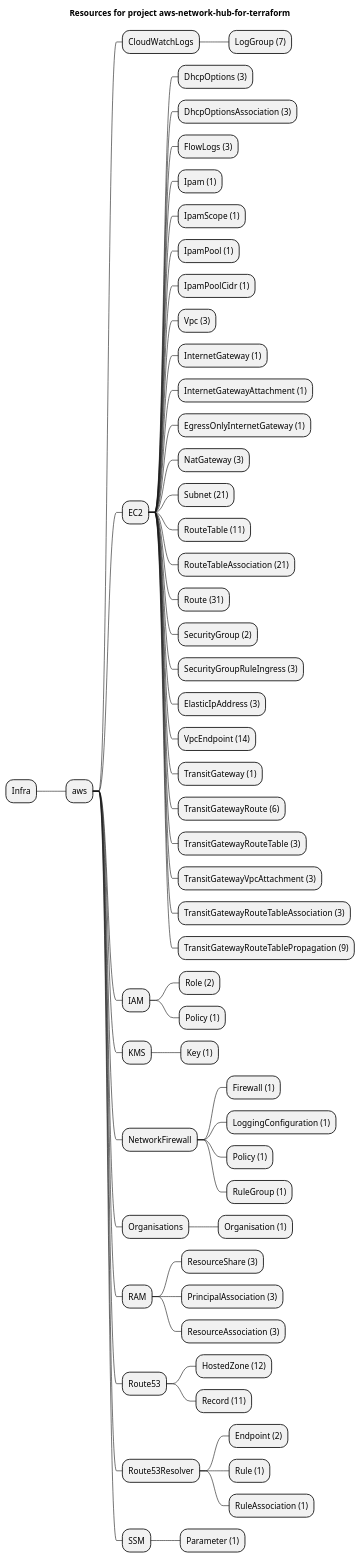
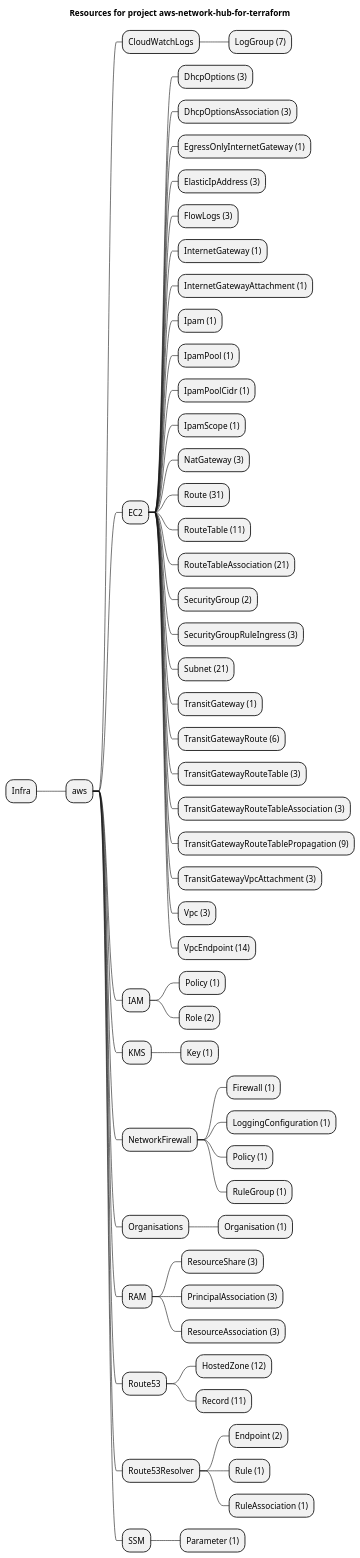
The diagram in examples/aws/aws-samples/aws-network-hub-for-terraform/artifacts/resources-mindmap.puml (grucloud/grucloud), drawn with PlantUML before and after one commit. The commit also changed other lines of this file and 14 other files, not shown here.

```diff
--- a/examples/aws/aws-samples/aws-network-hub-for-terraform/artifacts/resources-mindmap.puml
+++ b/examples/aws/aws-samples/aws-network-hub-for-terraform/artifacts/resources-mindmap.puml
@@ -1,60 +1,60 @@
 @startmindmap
 title Resources for project aws-network-hub-for-terraform
 skinparam monochrome true
 + Infra
 ++ aws
 +++ CloudWatchLogs
 ++++ LogGroup (7)
 +++ EC2
 ++++ DhcpOptions (3)
 ++++ DhcpOptionsAssociation (3)
+++++ EgressOnlyInternetGateway (1)
+++++ ElasticIpAddress (3)
 ++++ FlowLogs (3)
+++++ InternetGateway (1)
+++++ InternetGatewayAttachment (1)
 ++++ Ipam (1)
-++++ IpamScope (1)
 ++++ IpamPool (1)
 ++++ IpamPoolCidr (1)
-++++ Vpc (3)
-++++ InternetGateway (1)
-++++ InternetGatewayAttachment (1)
-++++ EgressOnlyInternetGateway (1)
+++++ IpamScope (1)
 ++++ NatGateway (3)
-++++ Subnet (21)
+++++ Route (31)
 ++++ RouteTable (11)
 ++++ RouteTableAssociation (21)
-++++ Route (31)
 ++++ SecurityGroup (2)
 ++++ SecurityGroupRuleIngress (3)
-++++ ElasticIpAddress (3)
-++++ VpcEndpoint (14)
+++++ Subnet (21)
 ++++ TransitGateway (1)
 ++++ TransitGatewayRoute (6)
 ++++ TransitGatewayRouteTable (3)
-++++ TransitGatewayVpcAttachment (3)
 ++++ TransitGatewayRouteTableAssociation (3)
 ++++ TransitGatewayRouteTablePropagation (9)
+++++ TransitGatewayVpcAttachment (3)
+++++ Vpc (3)
+++++ VpcEndpoint (14)
 +++ IAM
+++++ Policy (1)
 ++++ Role (2)
-++++ Policy (1)
 +++ KMS
 ++++ Key (1)
 +++ NetworkFirewall
 ++++ Firewall (1)
 ++++ LoggingConfiguration (1)
 ++++ Policy (1)
 ++++ RuleGroup (1)
 +++ Organisations
 ++++ Organisation (1)
 +++ RAM
 ++++ ResourceShare (3)
 ++++ PrincipalAssociation (3)
 ++++ ResourceAssociation (3)
 +++ Route53
 ++++ HostedZone (12)
 ++++ Record (11)
 +++ Route53Resolver
 ++++ Endpoint (2)
 ++++ Rule (1)
 ++++ RuleAssociation (1)
 +++ SSM
 ++++ Parameter (1)
 @endmindmap
```
